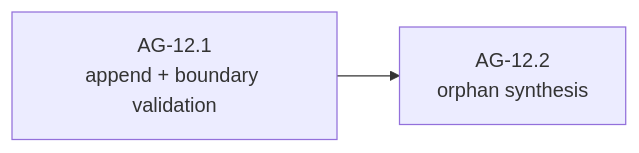
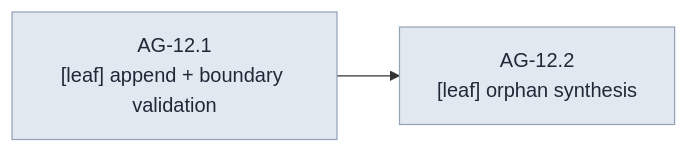
One commit to witsaba/cachicamas changed diagram 15 of 28 in docs/architecture/milestones/0003-cachicamas-agent-layer-2-task-graph.md. Above: the diagram before and after it, drawn with Mermaid. The commit also changed other lines of this file and 3 other files, not shown here.

````diff
--- a/docs/architecture/milestones/0003-cachicamas-agent-layer-2-task-graph.md
+++ b/docs/architecture/milestones/0003-cachicamas-agent-layer-2-task-graph.md
@@ -601,4 +1225,6 @@
 ```mermaid
 flowchart LR
-    I1["AG-12.1<br/>append + boundary validation"] --> I2["AG-12.2<br/>orphan synthesis"]
+    I1["AG-12.1<br/>[leaf] append + boundary validation"] --> I2["AG-12.2<br/>[leaf] orphan synthesis"]
+    classDef leaf fill:#e2e8f0,stroke:#94a3b8,color:#1f2937
+    class I1,I2 leaf
 ```
````
